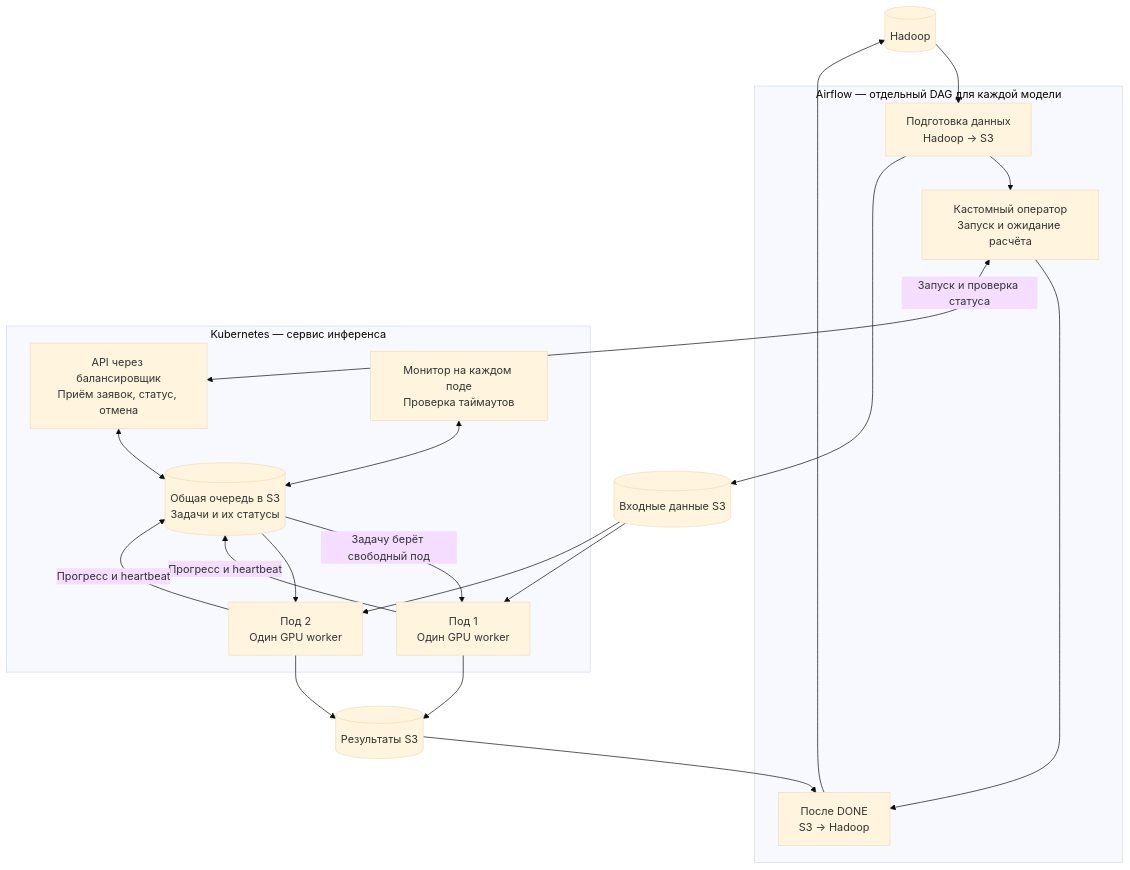
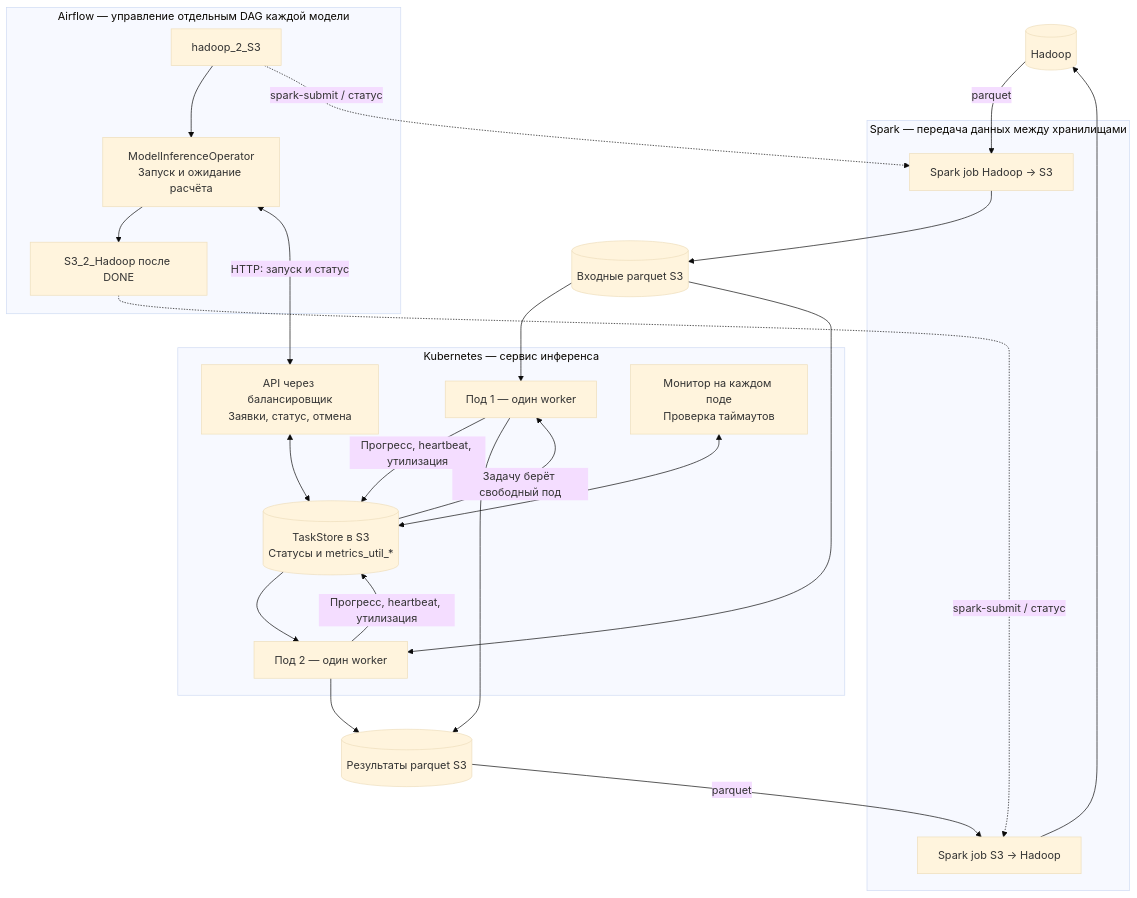
Before and after one commit to blm47/fmcd_models_inference_service: the first of 4 diagrams in docs/inference-architecture.md, drawn with Mermaid (base theme). The commit also changed other lines of this file and 55 other files, not shown here.

````diff
--- a/docs/inference-architecture.md
+++ b/docs/inference-architecture.md
@@ -15,30 +17,35 @@
 ```mermaid
 flowchart TB
     H[("Hadoop")]
-    subgraph AF["Airflow — отдельный DAG для каждой модели"]
-        E["Подготовка данных<br/>Hadoop → S3"]
-        OP["Кастомный оператор<br/>Запуск и ожидание расчёта"]
-        R["После DONE<br/>S3 → Hadoop"]
+    IN[("Входные parquet S3")]
+    OUT[("Результаты parquet S3")]
+    subgraph AF["Airflow — управление отдельным DAG каждой модели"]
+        E["hadoop_2_S3"]
+        OP["ModelInferenceOperator<br/>Запуск и ожидание расчёта"]
+        R["S3_2_Hadoop после DONE"]
         E --> OP --> R
     end
-    IN[("Входные данные S3")]
-    OUT[("Результаты S3")]
-    H --> E --> IN
-    OUT --> R --> H
-
+    subgraph SP["Spark — передача данных между хранилищами"]
+        JOBIN["Spark job Hadoop → S3"]
+        JOBOUT["Spark job S3 → Hadoop"]
+    end
+    E -.->|"spark-submit / статус"| JOBIN
+    R -.->|"spark-submit / статус"| JOBOUT
+    H -->|"parquet"| JOBIN --> IN
+    OUT -->|"parquet"| JOBOUT --> H
     subgraph K["Kubernetes — сервис инференса"]
-        API["API через балансировщик<br/>Приём заявок, статус, отмена"]
-        Q[("Общая очередь в S3<br/>Задачи и их статусы")]
-        P1["Под 1<br/>Один GPU worker"]
-        P2["Под 2<br/>Один GPU worker"]
+        API["API через балансировщик<br/>Заявки, статус, отмена"]
+        Q[("TaskStore в S3<br/>Статусы и metrics_util_*")]
+        P1["Под 1 — один worker"]
+        P2["Под 2 — один worker"]
         M["Монитор на каждом поде<br/>Проверка таймаутов"]
         API <--> Q
         Q -->|"Задачу берёт свободный под"| P1
         Q --> P2
-        P1 & P2 -->|"Прогресс и heartbeat"| Q
+        P1 & P2 -->|"Прогресс, heartbeat, утилизация"| Q
         M <--> Q
     end
-    OP <-->|"Запуск и проверка статуса"| API
+    OP <-->|"HTTP: запуск и статус"| API
     IN --> P1 & P2
     P1 & P2 --> OUT
 ```
````
